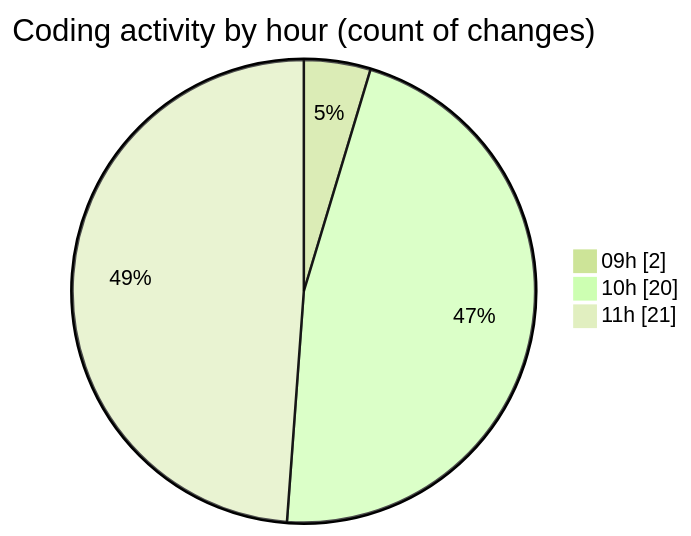
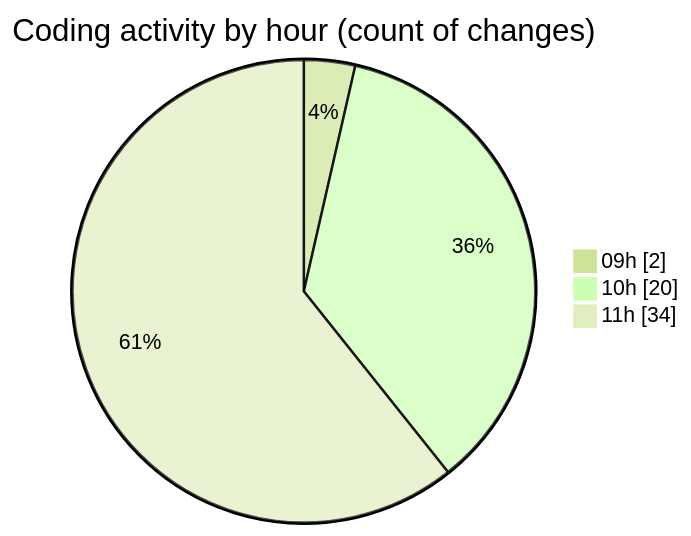
The second of 2 diagrams in 2025-04-08/cda/README.md (momahboobian/code-tracking), drawn with Mermaid (forest theme) before and after one commit. The commit also changed other lines of this file and 1 other file, not shown here.

````diff
--- a/2025-04-08/cda/README.md
+++ b/2025-04-08/cda/README.md
@@ -31,7 +31,7 @@
 ```mermaid
 pie showData
 title Coding activity by hour (count of changes)
 "09h" : 2
 "10h" : 20
-"11h" : 21
+"11h" : 34
 ```
````
